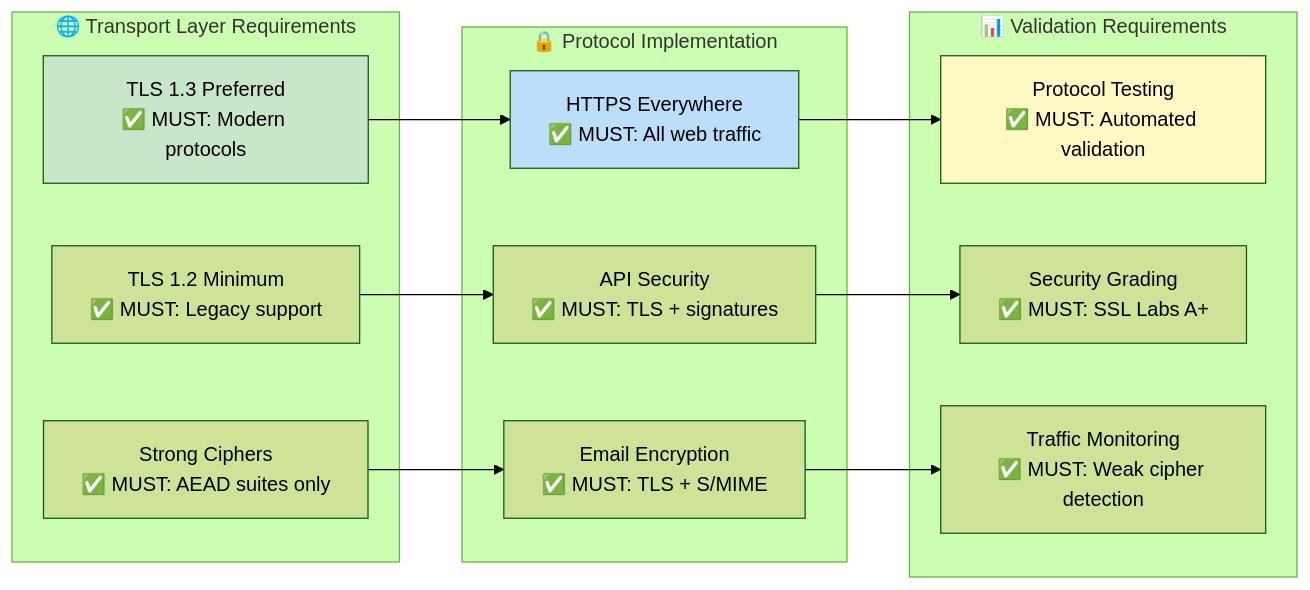
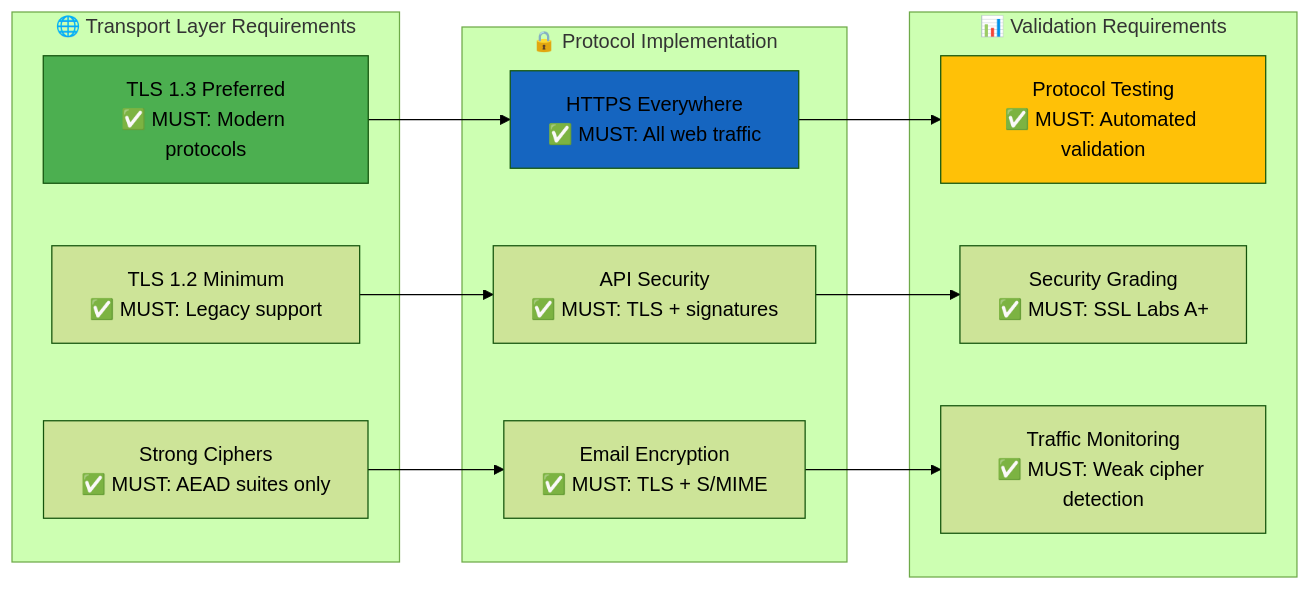
The second of 6 diagrams in Cryptography_Policy.md (Hack23/ISMS-PUBLIC), drawn with Mermaid (forest theme) before and after one commit. The commit also changed other lines of this file and 35 other files, not shown here.

````diff
--- a/Cryptography_Policy.md
+++ b/Cryptography_Policy.md
@@ -97,32 +97,32 @@
 ```mermaid
 graph LR
     subgraph "🌐 Transport Layer Requirements"
         TLS13[TLS 1.3 Preferred<br/>✅ MUST: Modern protocols]
         TLS12[TLS 1.2 Minimum<br/>✅ MUST: Legacy support]
         CIPHERS[Strong Ciphers<br/>✅ MUST: AEAD suites only]
     end
     
     subgraph "🔒 Protocol Implementation"
         HTTPS[HTTPS Everywhere<br/>✅ MUST: All web traffic]
         API[API Security<br/>✅ MUST: TLS + signatures]
         EMAIL[Email Encryption<br/>✅ MUST: TLS + S/MIME]
     end
     
     subgraph "📊 Validation Requirements"
         TESTING[Protocol Testing<br/>✅ MUST: Automated validation]
         GRADING[Security Grading<br/>✅ MUST: SSL Labs A+]
         MONITORING[Traffic Monitoring<br/>✅ MUST: Weak cipher detection]
     end
     
     TLS13 --> HTTPS
     TLS12 --> API
     CIPHERS --> EMAIL
     
     HTTPS --> TESTING
     API --> GRADING
     EMAIL --> MONITORING
     
-    style TLS13 fill:#c8e6c9
-    style HTTPS fill:#bbdefb
-    style TESTING fill:#fff9c4
+    style TLS13 fill:#4CAF50
+    style HTTPS fill:#1565C0
+    style TESTING fill:#FFC107
 ```
````
